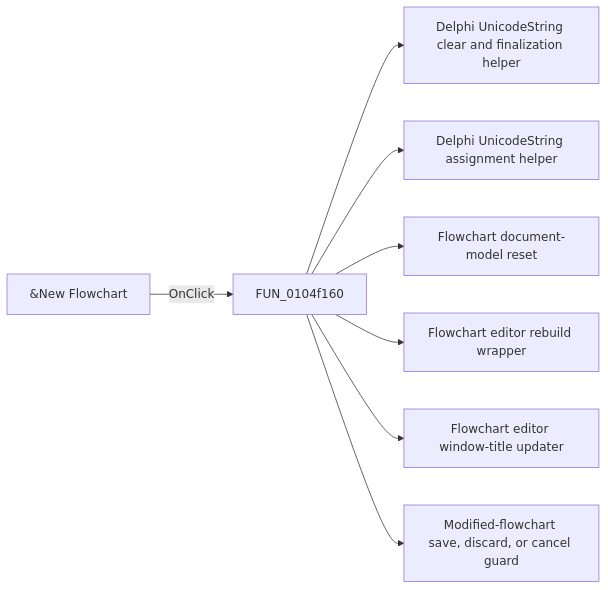
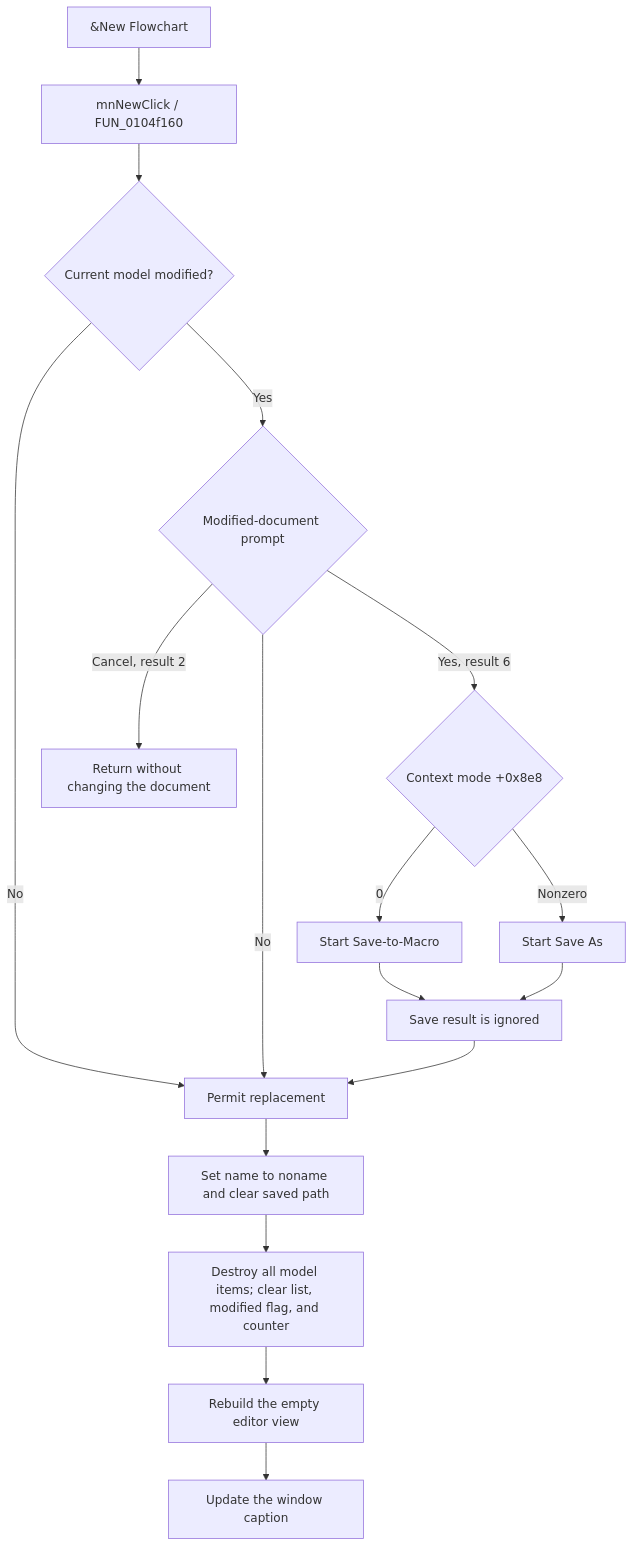
Before and after one commit to MovGP0/TIARA: the diagram in docs/ui-controls/flowchartmainform/mnnew-35393f51dc.md, drawn with Mermaid. The commit also changed other lines of this file and 680 other files, not shown here.

````diff
--- a/docs/ui-controls/flowchartmainform/mnnew-35393f51dc.md
+++ b/docs/ui-controls/flowchartmainform/mnnew-35393f51dc.md
@@ -27,10 +62,19 @@
 ```mermaid
-flowchart LR
-    control["&New Flowchart"] -->|OnClick| handler["FUN_0104f160"]
-    handler --> call1["Delphi UnicodeString clear and finalization helper"]
-    handler --> call2["Delphi UnicodeString assignment helper"]
-    handler --> call3["Flowchart document-model reset"]
-    handler --> call4["Flowchart editor rebuild wrapper"]
-    handler --> call5["Flowchart editor window-title updater"]
-    handler --> call6["Modified-flowchart save, discard, or cancel guard"]
+flowchart TD
+    control["&New Flowchart"] --> handler["mnNewClick / FUN_0104f160"]
+    handler --> guard{"Current model modified?"}
+    guard -->|No| permit["Permit replacement"]
+    guard -->|Yes| prompt{"Modified-document prompt"}
+    prompt -->|Cancel, result 2| stop["Return without changing the document"]
+    prompt -->|No| permit
+    prompt -->|Yes, result 6| mode{"Context mode +0x8e8"}
+    mode -->|0| saveMacro["Start Save-to-Macro"]
+    mode -->|Nonzero| saveAs["Start Save As"]
+    saveMacro --> ignored["Save result is ignored"]
+    saveAs --> ignored
+    ignored --> permit
+    permit --> identity["Set name to noname and clear saved path"]
+    identity --> reset["Destroy all model items; clear list, modified flag, and counter"]
+    reset --> rebuild["Rebuild the empty editor view"]
+    rebuild --> title["Update the window caption"]
 ```
````
